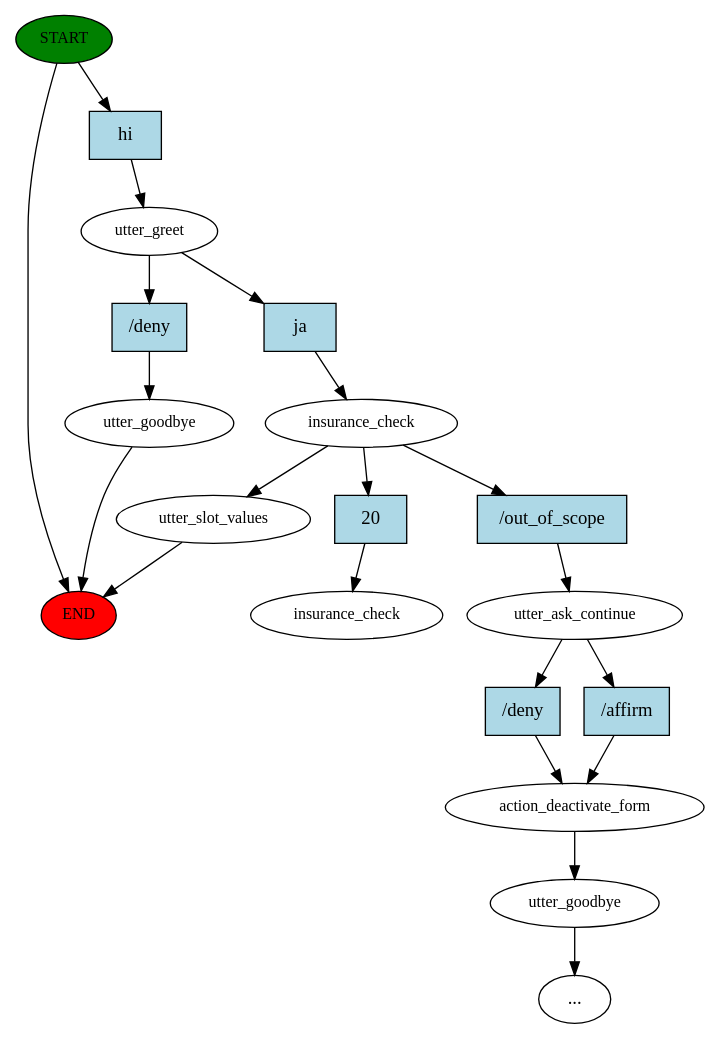
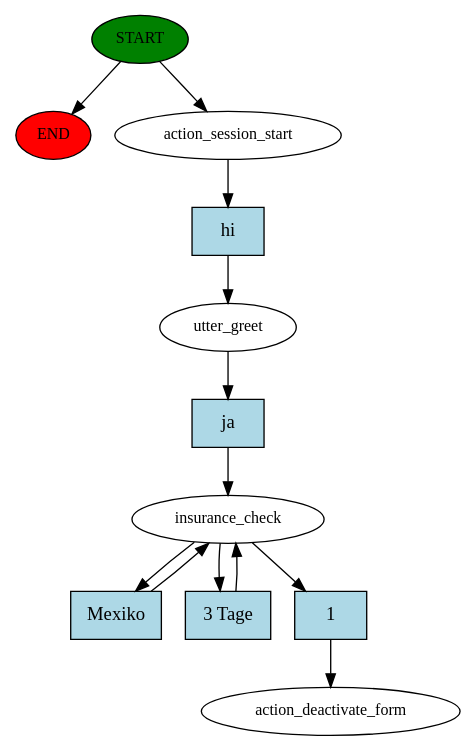
Before and after one commit to gandhi187/InsuranceCheck: the diagram in story_graph.dot, drawn with Graphviz. The commit also changed 19 other files, not shown here.

```diff
--- a/story_graph.dot
+++ b/story_graph.dot
@@ -1,40 +1,25 @@
 digraph  {
 0 [class="start active", fillcolor=green, fontsize=12, label=START, style=filled];
 "-1" [class=end, fillcolor=red, fontsize=12, label=END, style=filled];
-1 [class=active, fontsize=12, label=utter_greet];
-2 [class=active, fontsize=12, label=insurance_check];
-3 [class="", fontsize=12, label=utter_slot_values];
-5 [class="", fontsize=12, label=utter_goodbye];
-8 [class="", fontsize=12, label=utter_ask_continue];
-9 [class="", fontsize=12, label=action_deactivate_form];
-10 [class="", fontsize=12, label=utter_goodbye];
-"-4" [class=ellipsis, label="..."];
-18 [class="dashed active", fontsize=12, label=insurance_check];
-19 [class="intent active", fillcolor=lightblue, label=hi, shape=rect, style=filled];
-20 [class="intent active", fillcolor=lightblue, label=ja, shape=rect, style=filled];
-21 [class=intent, fillcolor=lightblue, label="/deny", shape=rect, style=filled];
-22 [class=intent, fillcolor=lightblue, label="/out_of_scope", shape=rect, style=filled];
-23 [class="intent active", fillcolor=lightblue, label=20, shape=rect, style=filled];
-24 [class=intent, fillcolor=lightblue, label="/deny", shape=rect, style=filled];
-25 [class=intent, fillcolor=lightblue, label="/affirm", shape=rect, style=filled];
+1 [class=active, fontsize=12, label=action_session_start];
+2 [class=active, fontsize=12, label=utter_greet];
+3 [class=active, fontsize=12, label=insurance_check];
+6 [class="dashed active", fontsize=12, label=action_deactivate_form];
+7 [class="intent active", fillcolor=lightblue, label=hi, shape=rect, style=filled];
+8 [class="intent active", fillcolor=lightblue, label=ja, shape=rect, style=filled];
+9 [class="intent active", fillcolor=lightblue, label=Mexiko, shape=rect, style=filled];
+10 [class="intent active", fillcolor=lightblue, label="3 Tage", shape=rect, style=filled];
+11 [class="intent active", fillcolor=lightblue, label=1, shape=rect, style=filled];
 0 -> "-1"  [class="", key=NONE, label=""];
-0 -> 19  [class=active, key=0];
-1 -> 20  [class=active, key=0];
-1 -> 21  [class="", key=0];
-2 -> 3  [class="", key=NONE, label=""];
-2 -> 22  [class="", key=0];
-2 -> 23  [class=active, key=0];
-3 -> "-1"  [class="", key=NONE, label=""];
-5 -> "-1"  [class="", key=NONE, label=""];
-8 -> 24  [class="", key=0];
-8 -> 25  [class="", key=0];
-9 -> 10  [class="", key=NONE, label=""];
-10 -> "-4"  [class="", key=NONE, label=""];
-19 -> 1  [class=active, key=0];
-20 -> 2  [class=active, key=0];
-21 -> 5  [class="", key=0];
-22 -> 8  [class="", key=0];
-23 -> 18  [class=active, key=0];
-24 -> 9  [class="", key=0];
-25 -> 9  [class="", key=0];
+0 -> 1  [class=active, key=NONE, label=""];
+1 -> 7  [class=active, key=0];
+2 -> 8  [class=active, key=0];
+3 -> 9  [class=active, key=0];
+3 -> 10  [class=active, key=0];
+3 -> 11  [class=active, key=0];
+7 -> 2  [class=active, key=0];
+8 -> 3  [class=active, key=0];
+9 -> 3  [class=active, key=0];
+10 -> 3  [class=active, key=0];
+11 -> 6  [class=active, key=0];
 }
```
